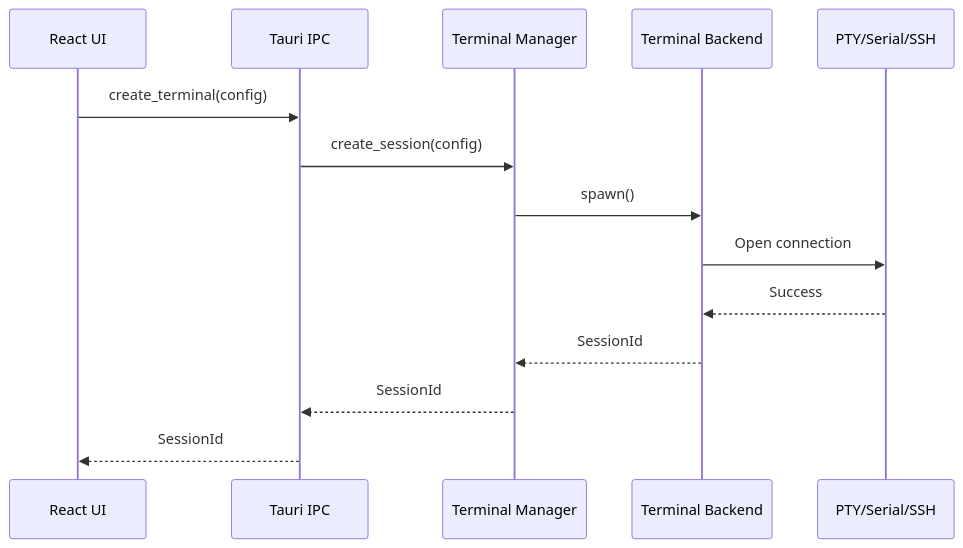
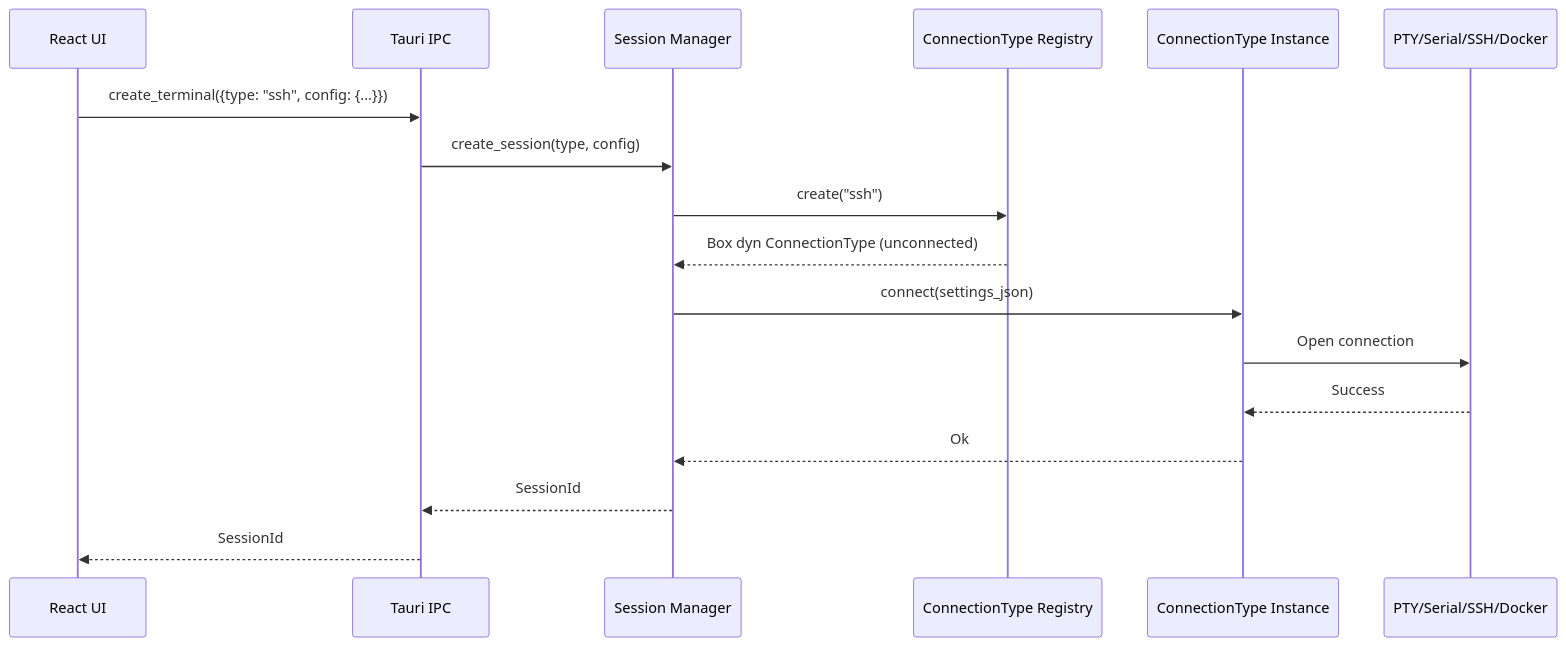
The ninth of 23 diagrams in docs/architecture.md (armaxri/termiHub), drawn with Mermaid before and after one commit. The commit also changed other lines of this file and 1 other file, not shown here.

First line of the commit message:
docs: update architecture.md and README.md for recent major changes

````diff
--- a/docs/architecture.md
+++ b/docs/architecture.md
@@ -434,17 +561,20 @@
 ```mermaid
 sequenceDiagram
     participant UI as React UI
     participant Tauri as Tauri IPC
-    participant TM as Terminal Manager
-    participant Backend as Terminal Backend
-    participant PTY as PTY/Serial/SSH
+    participant SM as Session Manager
+    participant REG as ConnectionType Registry
+    participant CT as ConnectionType Instance
+    participant IO as PTY/Serial/SSH/Docker
 
-    UI->>Tauri: create_terminal(config)
-    Tauri->>TM: create_session(config)
-    TM->>Backend: spawn()
-    Backend->>PTY: Open connection
-    PTY-->>Backend: Success
-    Backend-->>TM: SessionId
-    TM-->>Tauri: SessionId
+    UI->>Tauri: create_terminal({type: "ssh", config: {...}})
+    Tauri->>SM: create_session(type, config)
+    SM->>REG: create("ssh")
+    REG-->>SM: Box dyn ConnectionType (unconnected)
+    SM->>CT: connect(settings_json)
+    CT->>IO: Open connection
+    IO-->>CT: Success
+    CT-->>SM: Ok
+    SM-->>Tauri: SessionId
     Tauri-->>UI: SessionId
 ```
````
